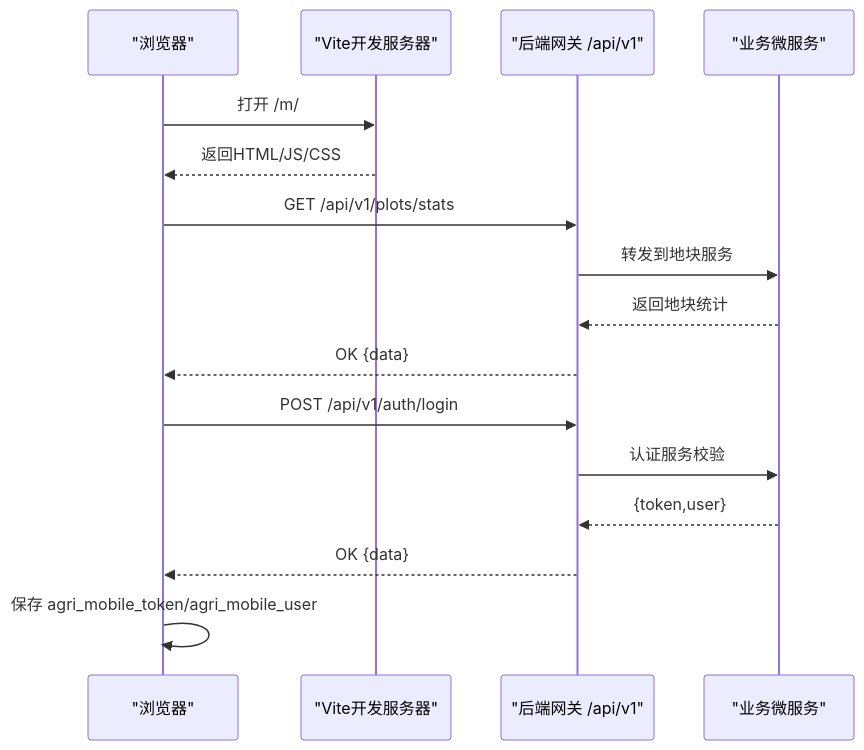
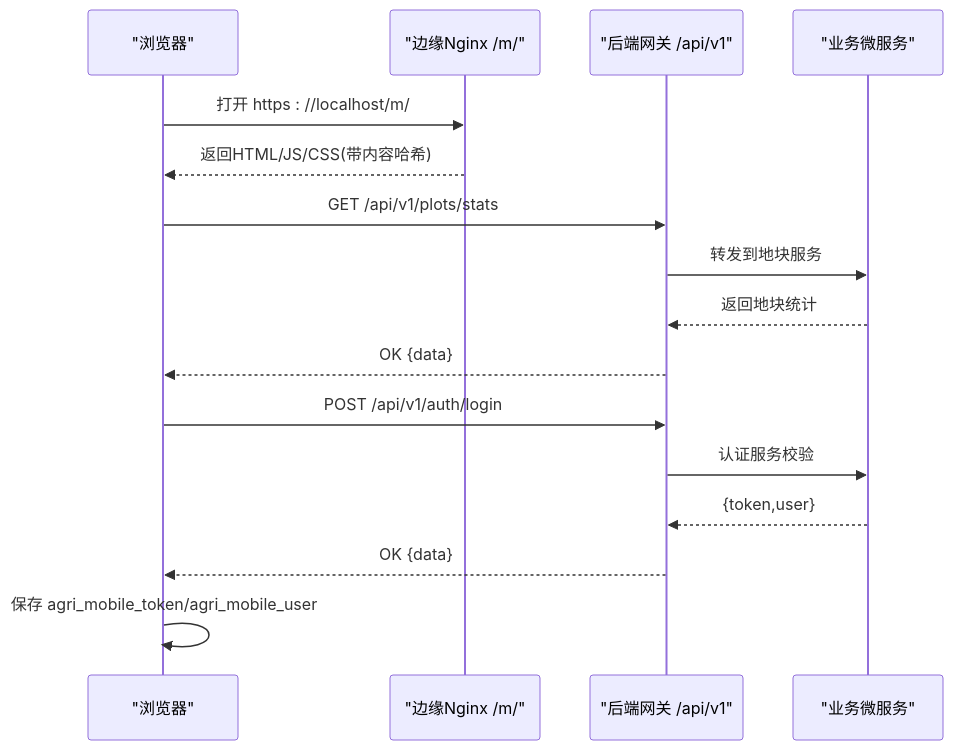
One commit to q446328246/agri-platform changed the second of 9 diagrams in .qoder/repowiki/zh/content/前端应用文档/移动端H5应用.md. Above: the diagram before and after it, drawn with Mermaid. The commit also changed other lines of this file and 4 other files, not shown here.

````diff
--- a/.qoder/repowiki/zh/content/前端应用文档/移动端H5应用.md
+++ b/.qoder/repowiki/zh/content/前端应用文档/移动端H5应用.md
@@ -125,18 +138,18 @@
 ```mermaid
 sequenceDiagram
 participant Browser as "浏览器"
-participant Vite as "Vite开发服务器"
+participant Edge as "边缘Nginx /m/"
 participant Gateway as "后端网关 /api/v1"
 participant Services as "业务微服务"
-Browser->>Vite : 打开 /m/#/cockpit
-Vite-->>Browser : 返回HTML/JS/CSS
+Browser->>Edge : 打开 https : //localhost/m/#/cockpit
+Edge-->>Browser : 返回HTML/JS/CSS(带内容哈希)
 Browser->>Gateway : GET /api/v1/plots/stats
 Gateway->>Services : 转发到地块服务
 Services-->>Gateway : 返回地块统计
 Gateway-->>Browser : OK {data}
 Browser->>Gateway : POST /api/v1/auth/login
 Gateway->>Services : 认证服务校验
 Services-->>Gateway : {token,user}
 Gateway-->>Browser : OK {data}
 Browser->>Browser : 保存 agri_mobile_token/agri_mobile_user
 ```
````
